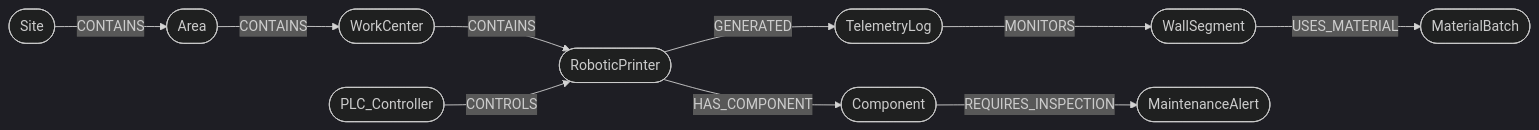
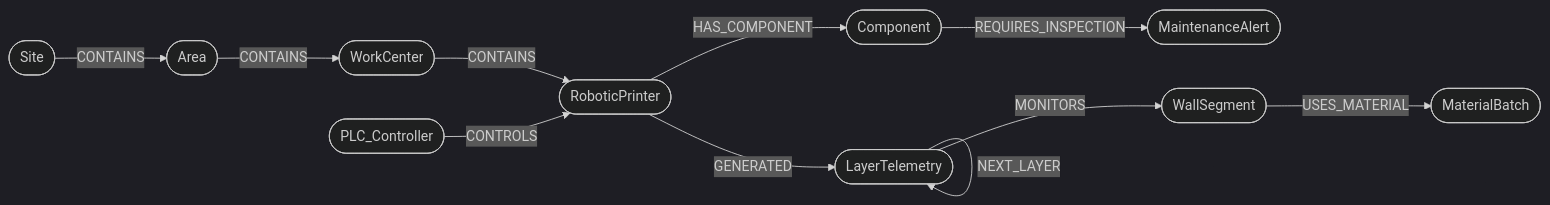
One commit to Thembelitchi/BioPrint-Automation-Suite changed the diagram in docs/graph-schema.md. Above: the diagram before and after it, drawn with Mermaid (dark theme). The commit also changed other lines of this file and 15 other files, not shown here.

First line of the commit message:
feat(twin): layer-bucketed telemetry instead of one node per sample

````diff
--- a/docs/graph-schema.md
+++ b/docs/graph-schema.md
@@ -15,12 +15,13 @@
 ```mermaid
 graph LR
     S(["Site"]) -- CONTAINS --> AR(["Area"])
     AR -- CONTAINS --> WC(["WorkCenter"])
     WC -- CONTAINS --> P(["RoboticPrinter"])
     PLC(["PLC_Controller"]) -- CONTROLS --> P
     P -- HAS_COMPONENT --> C(["Component"])
-    P -- GENERATED --> T(["TelemetryLog"])
+    P -- GENERATED --> T(["LayerTelemetry"])
     T -- MONITORS --> W(["WallSegment"])
+    T -- NEXT_LAYER --> T
     W -- USES_MATERIAL --> M(["MaterialBatch"])
     C -- REQUIRES_INSPECTION --> A(["MaintenanceAlert"])
 ```
````
